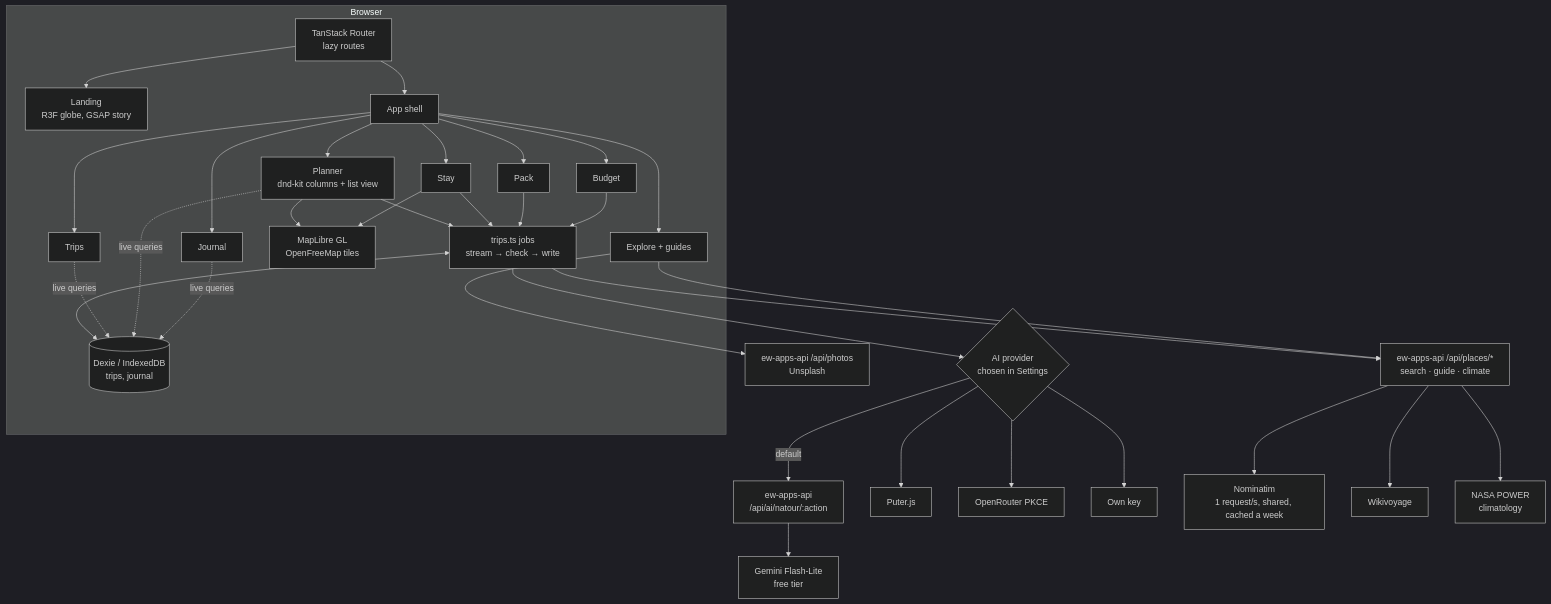
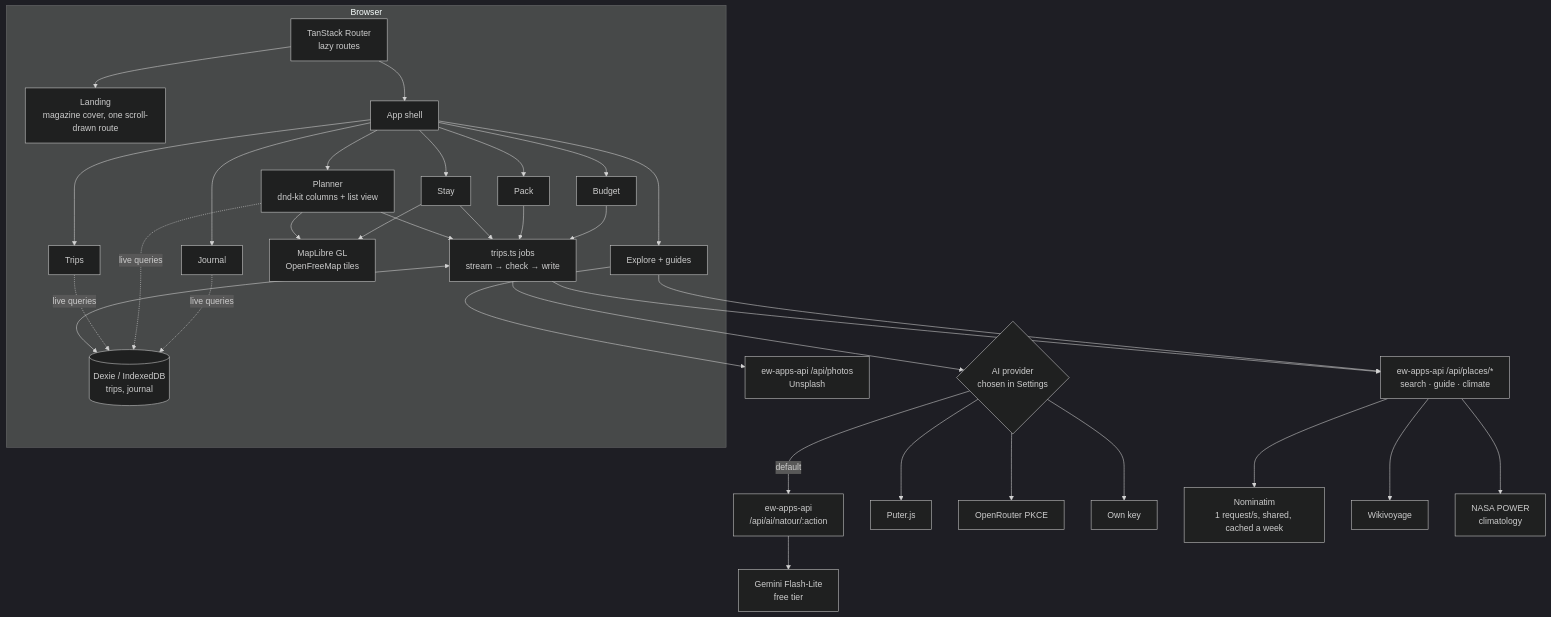
One commit to emwil23/natour changed the second of 4 diagrams in README.md. Above: the diagram before and after it, drawn with Mermaid (dark theme). The commit also changed other lines of this file and 1 other file, not shown here.

Commit message:
Describe the new landing in the README and retake its pictures from the paper theme

````diff
--- a/README.md
+++ b/README.md
@@ -82,25 +82,25 @@
 ```mermaid
 flowchart TB
     subgraph Browser
-      R[TanStack Router<br/>lazy routes] --> L[Landing<br/>R3F globe, GSAP story]
+      R[TanStack Router<br/>lazy routes] --> L[Landing<br/>magazine cover, one scroll-drawn route]
       R --> SH[App shell]
       SH --> TR[Trips]
       SH --> PL[Planner<br/>dnd-kit columns + list view]
       SH --> ST[Stay] & PK[Pack] & BU[Budget]
       SH --> EX[Explore + guides]
       SH --> JO[Journal]
       PL & ST --> MAP[MapLibre GL<br/>OpenFreeMap tiles]
       PL & ST & PK & BU --> JOBS[trips.ts jobs<br/>stream → check → write]
       JOBS <--> DX[(Dexie / IndexedDB<br/>trips, journal)]
       TR & PL & JO -. live queries .-> DX
     end
     JOBS --> P{AI provider<br/>chosen in Settings}
     P -->|default| EW[ew-apps-api<br/>/api/ai/natour/:action]
     P --> PU[Puter.js] & OR[OpenRouter PKCE] & OWN[Own key]
     EW --> G[Gemini Flash-Lite<br/>free tier]
     JOBS & EX --> PLC[ew-apps-api /api/places/*<br/>search · guide · climate]
     PLC --> NOM[Nominatim<br/>1 request/s, shared, cached a week]
     PLC --> WV[Wikivoyage]
     PLC --> NASA[NASA POWER<br/>climatology]
     EX --> UN[ew-apps-api /api/photos<br/>Unsplash]
 ```
````
